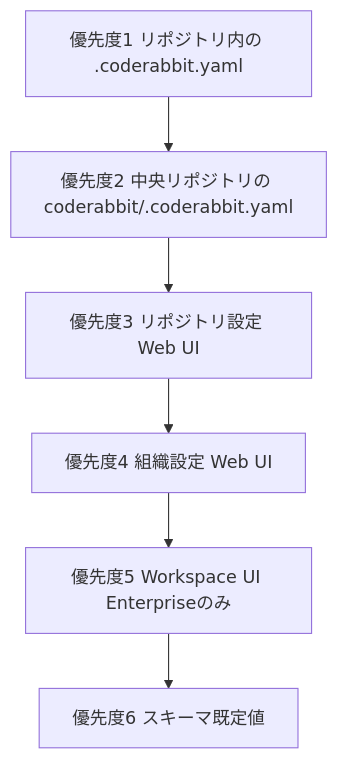
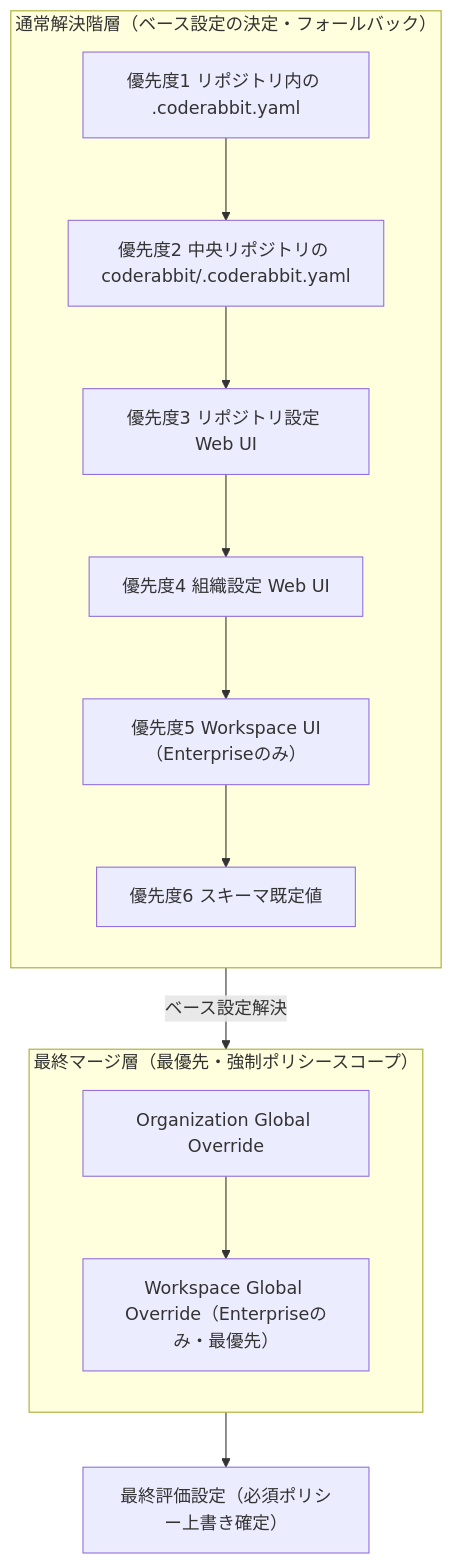
Before and after one commit to myoshi2891/Comparison-of-LLMs: the second of 10 diagrams in archive/md/code-review/Coderabbit-best-practices.md, drawn with Mermaid. The commit also changed other lines of this file and 2 other files, not shown here.

Commit message:
docs(code-review): update CodeRabbit configuration precedence hierarchy to specify Global Overrides as final merge layer

````diff
--- a/archive/md/code-review/Coderabbit-best-practices.md
+++ b/archive/md/code-review/Coderabbit-best-practices.md
@@ -126,8 +128,21 @@
 ```mermaid
 flowchart TB
-    P1["優先度1 リポジトリ内の .coderabbit.yaml"] --> P2["優先度2 中央リポジトリの coderabbit/.coderabbit.yaml"]
-    P2 --> P3["優先度3 リポジトリ設定 Web UI"]
-    P3 --> P4["優先度4 組織設定 Web UI"]
-    P4 --> P5["優先度5 Workspace UI Enterpriseのみ"]
-    P5 --> P6["優先度6 スキーマ既定値"]
+    subgraph Base["通常解決階層（ベース設定の決定・フォールバック）"]
+        direction TB
+        P1["優先度1 リポジトリ内の .coderabbit.yaml"] --> P2["優先度2 中央リポジトリの coderabbit/.coderabbit.yaml"]
+        P2 --> P3["優先度3 リポジトリ設定 Web UI"]
+        P3 --> P4["優先度4 組織設定 Web UI"]
+        P4 --> P5["優先度5 Workspace UI（Enterpriseのみ）"]
+        P5 --> P6["優先度6 スキーマ既定値"]
+    end
+
+    subgraph Overrides["最終マージ層（最優先・強制ポリシースコープ）"]
+        direction TB
+        OrgGO["Organization Global Override"]
+        WsGO["Workspace Global Override（Enterpriseのみ・最優先）"]
+    end
+
+    Base -->|ベース設定解決| OrgGO
+    OrgGO --> WsGO
+    WsGO --> Final["最終評価設定（必須ポリシー上書き確定）"]
 ```
````
